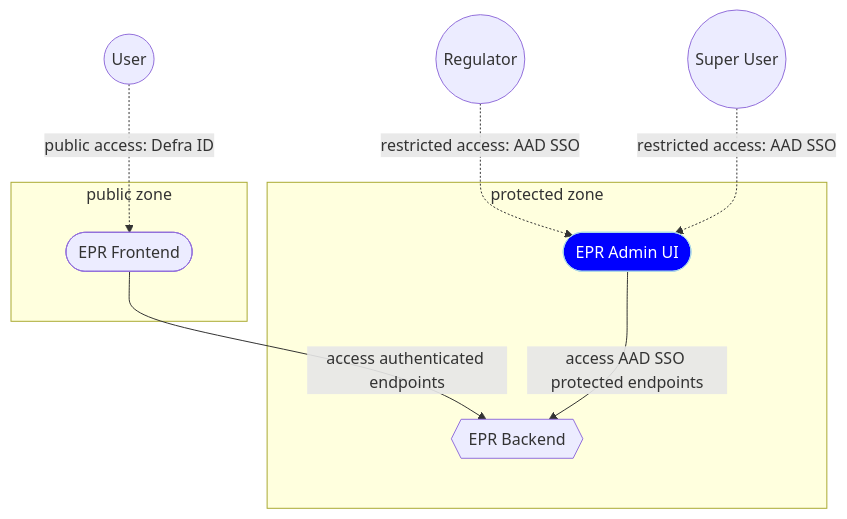
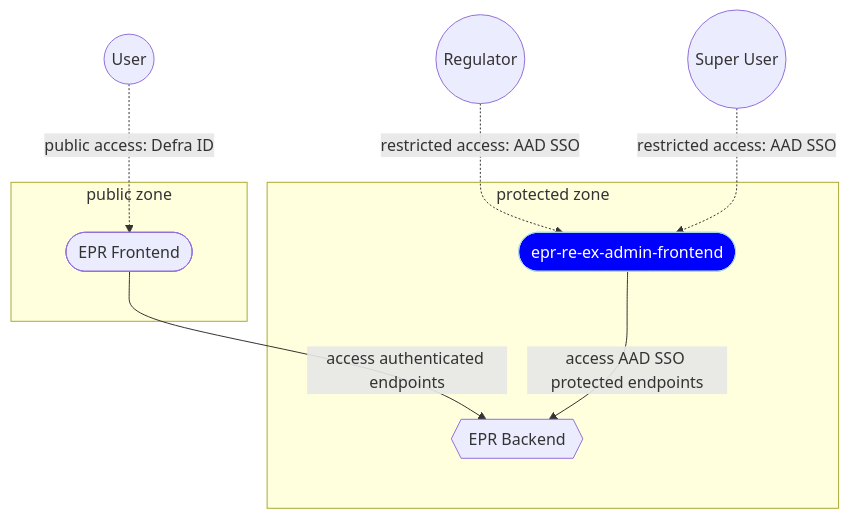
One commit to DEFRA/epr-backend changed the diagram in docs/architecture/decisions/0005-admin-ui-adr.md. Above: the diagram before and after it, drawn with Mermaid. The commit also changed other lines of this file, not shown here.

Commit message:
PAE-217: Added more detail to Admin UI ADR

````diff
--- a/docs/architecture/decisions/0005-admin-ui-adr.md
+++ b/docs/architecture/decisions/0005-admin-ui-adr.md
@@ -39,35 +39,35 @@
 ```mermaid
 flowchart TD;
     USER((User))
     SUPER-USER((Super User))
     REGULATOR((Regulator))
 
   classDef invisible opacity:0
   classDef adminBox fill:blue,stroke:lightblue,color:white
 
   subgraph protected zone
     subgraph PROTECTED-ZONE-NESTED
-      EPR-ADMIN-UI([EPR Admin UI])
+      EPR-ADMIN-UI([epr-re-ex-admin-frontend])
       EPR-BACKEND{{EPR Backend}}
     end
   end
 
   subgraph public zone
     subgraph PUBLIC-ZONE-NESTED
       EPR-FRONTEND([EPR Frontend])
     end
   end
 
   PROTECTED-ZONE-NESTED:::invisible
   PUBLIC-ZONE-NESTED:::invisible
-EPR-ADMIN-UI:::adminBox
+  EPR-ADMIN-UI:::adminBox
 
 
   USER-. public access: Defra ID .->EPR-FRONTEND;
   REGULATOR-. restricted access: AAD SSO .->EPR-ADMIN-UI;
   SUPER-USER-. restricted access: AAD SSO .->EPR-ADMIN-UI;
 
 
   EPR-FRONTEND--access authenticated endpoints -->EPR-BACKEND;
   EPR-ADMIN-UI--access AAD SSO protected endpoints -->EPR-BACKEND;
 ```
````
